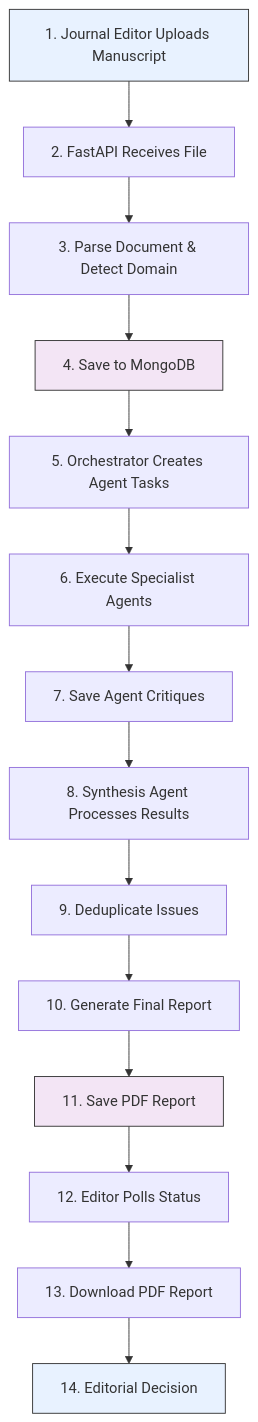
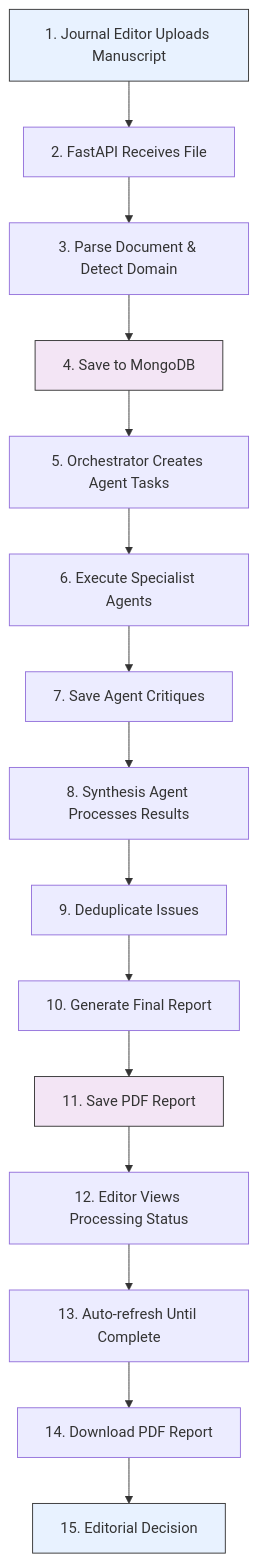
One commit to BashyPy/academic_journal_reviewer changed the fourth of 4 diagrams in README.md. Above: the diagram before and after it, drawn with Mermaid. The commit also changed other lines of this file and 26 other files, not shown here.

````diff
--- a/README.md
+++ b/README.md
@@ -151,21 +151,22 @@
 ```mermaid
 graph TD
     A[1. Journal Editor Uploads Manuscript] --> B[2. FastAPI Receives File]
     B --> C[3. Parse Document & Detect Domain]
     C --> D[4. Save to MongoDB]
     D --> E[5. Orchestrator Creates Agent Tasks]
     E --> F[6. Execute Specialist Agents]
     F --> G[7. Save Agent Critiques]
     G --> H[8. Synthesis Agent Processes Results]
     H --> I[9. Deduplicate Issues]
     I --> J[10. Generate Final Report]
     J --> K[11. Save PDF Report]
-    K --> L[12. Editor Polls Status]
-    L --> M[13. Download PDF Report]
-    M --> N[14. Editorial Decision]
+    K --> L[12. Editor Views Processing Status]
+    L --> M[13. Auto-refresh Until Complete]
+    M --> N[14. Download PDF Report]
+    N --> O[15. Editorial Decision]
     
     style A fill:#e8f2ff,stroke:#333
-    style N fill:#e8f2ff,stroke:#333
+    style O fill:#e8f2ff,stroke:#333
     style D fill:#f3e5f5,stroke:#333
     style K fill:#f3e5f5,stroke:#333
 ```
````
